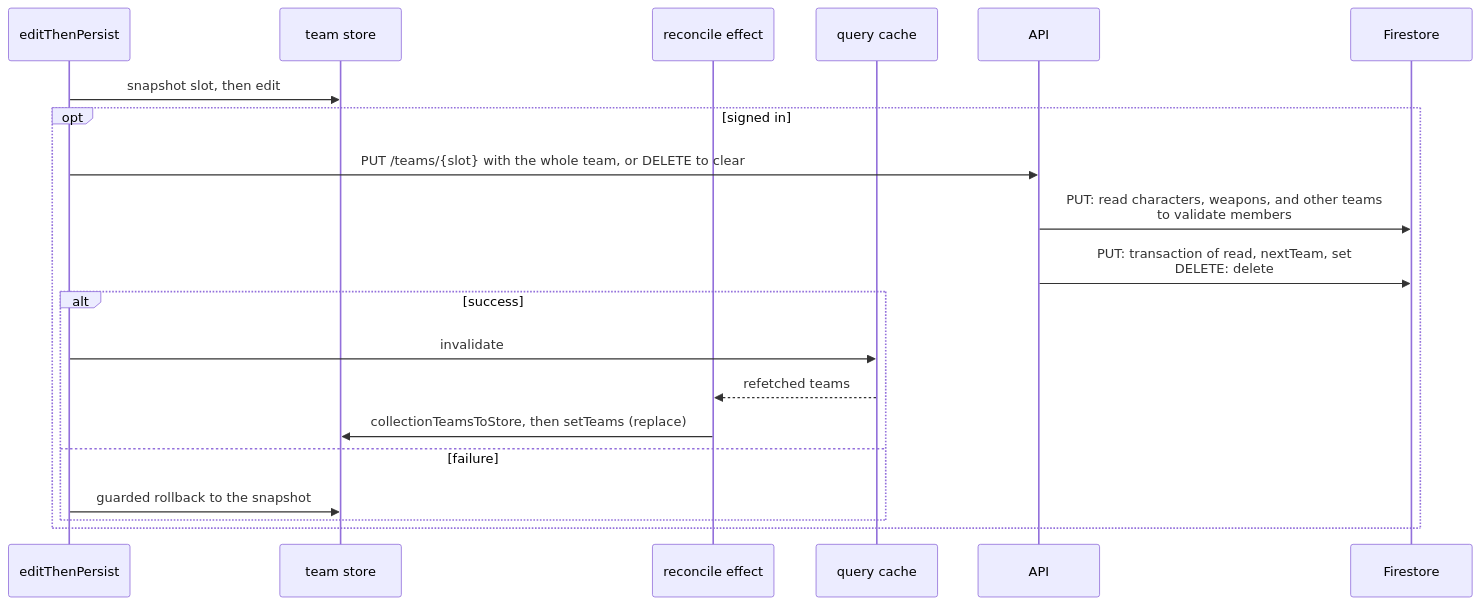
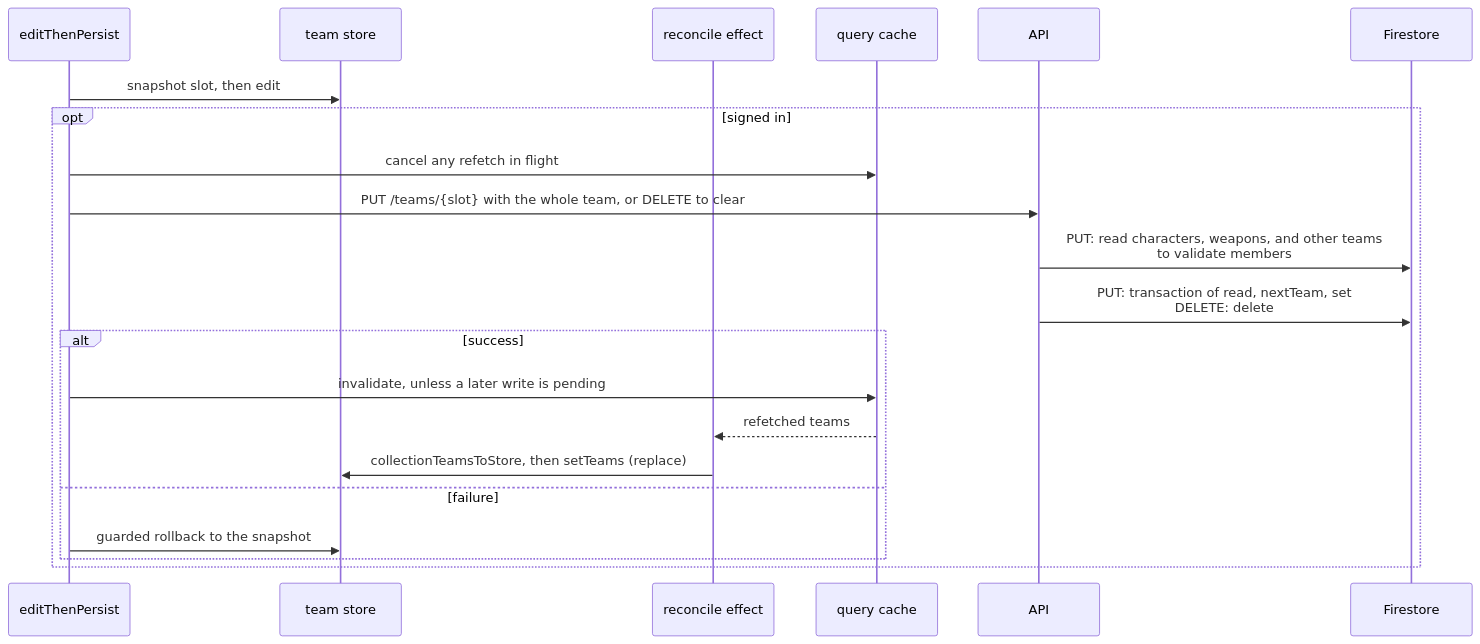
The third of 4 diagrams in docs/reference/data-flow-write-paths.md (dungeon-studio/genshin.dungeon.studio), drawn with Mermaid before and after one commit. The commit also changed other lines of this file and 1 other file, not shown here.

First line of the commit message:
docs: describe the refetch rule every mutation follows

````diff
--- a/docs/reference/data-flow-write-paths.md
+++ b/docs/reference/data-flow-write-paths.md
@@ -127,23 +137,24 @@
 ```mermaid
 sequenceDiagram
   participant Hook as editThenPersist
   participant Store as team store
   participant Reconcile as reconcile effect
   participant Cache as query cache
   participant API as API
   participant FS as Firestore
 
   Hook->>Store: snapshot slot, then edit
   opt signed in
+    Hook->>Cache: cancel any refetch in flight
     Hook->>API: PUT /teams/{slot} with the whole team, or DELETE to clear
     API->>FS: PUT: read characters, weapons, and other teams<br>to validate members
     API->>FS: PUT: transaction of read, nextTeam, set<br>DELETE: delete
     alt success
-      Hook->>Cache: invalidate
+      Hook->>Cache: invalidate, unless a later write is pending
       Cache-->>Reconcile: refetched teams
       Reconcile->>Store: collectionTeamsToStore, then setTeams (replace)
     else failure
       Hook->>Store: guarded rollback to the snapshot
     end
   end
 ```
````
